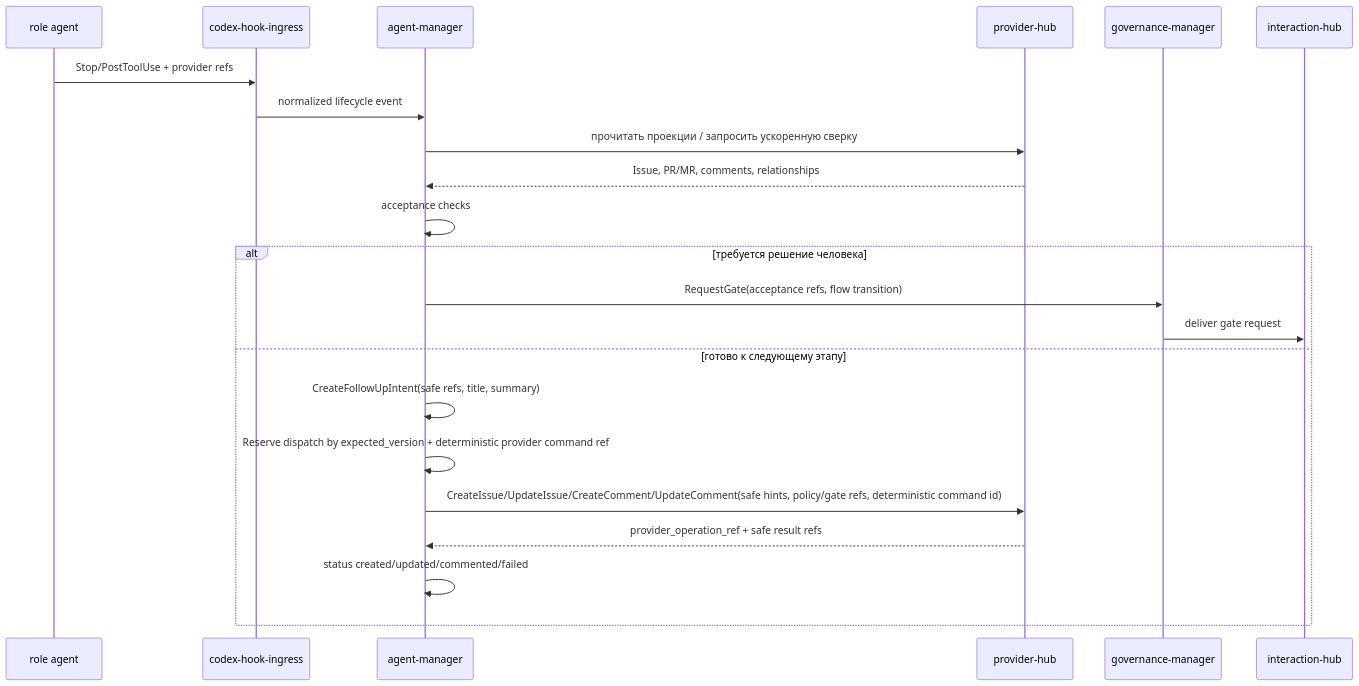
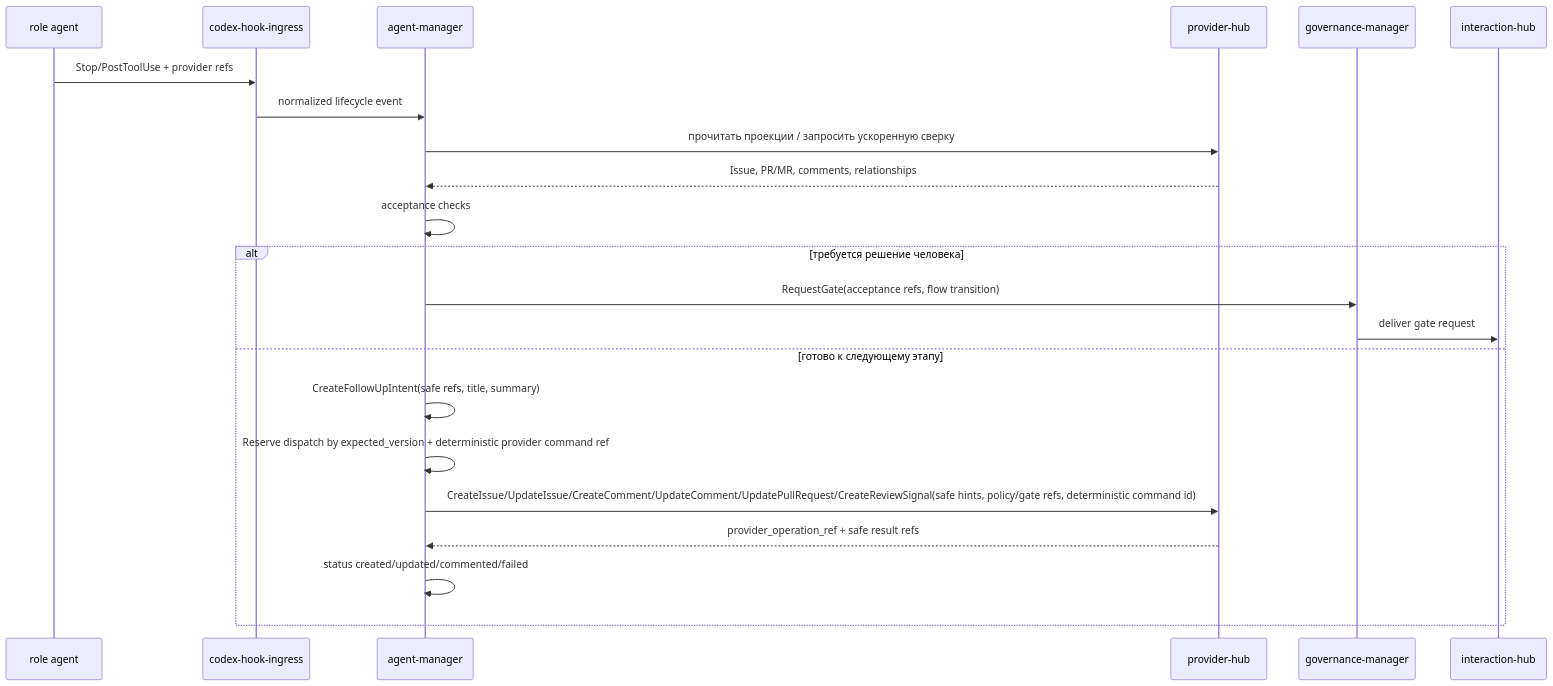
The third of 3 diagrams in docs/domains/agent-orchestration/architecture/design.md (codex-k8s/kodex), drawn with Mermaid before and after one commit. The commit also changed other lines of this file and 20 other files, not shown here.

````diff
--- a/docs/domains/agent-orchestration/architecture/design.md
+++ b/docs/domains/agent-orchestration/architecture/design.md
@@ -122,24 +122,24 @@
 ```mermaid
 sequenceDiagram
   participant Runner as role agent
   participant Hooks as codex-hook-ingress
   participant AM as agent-manager
   participant PH as provider-hub
   participant GOV as governance-manager
   participant IH as interaction-hub
   Runner->>Hooks: Stop/PostToolUse + provider refs
   Hooks->>AM: normalized lifecycle event
   AM->>PH: прочитать проекции / запросить ускоренную сверку
   PH-->>AM: Issue, PR/MR, comments, relationships
   AM->>AM: acceptance checks
   alt требуется решение человека
     AM->>GOV: RequestGate(acceptance refs, flow transition)
     GOV->>IH: deliver gate request
   else готово к следующему этапу
     AM->>AM: CreateFollowUpIntent(safe refs, title, summary)
     AM->>AM: Reserve dispatch by expected_version + deterministic provider command ref
-    AM->>PH: CreateIssue/UpdateIssue/CreateComment/UpdateComment(safe hints, policy/gate refs, deterministic command id)
+    AM->>PH: CreateIssue/UpdateIssue/CreateComment/UpdateComment/UpdatePullRequest/CreateReviewSignal(safe hints, policy/gate refs, deterministic command id)
     PH-->>AM: provider_operation_ref + safe result refs
     AM->>AM: status created/updated/commented/failed
   end
 ```
````
